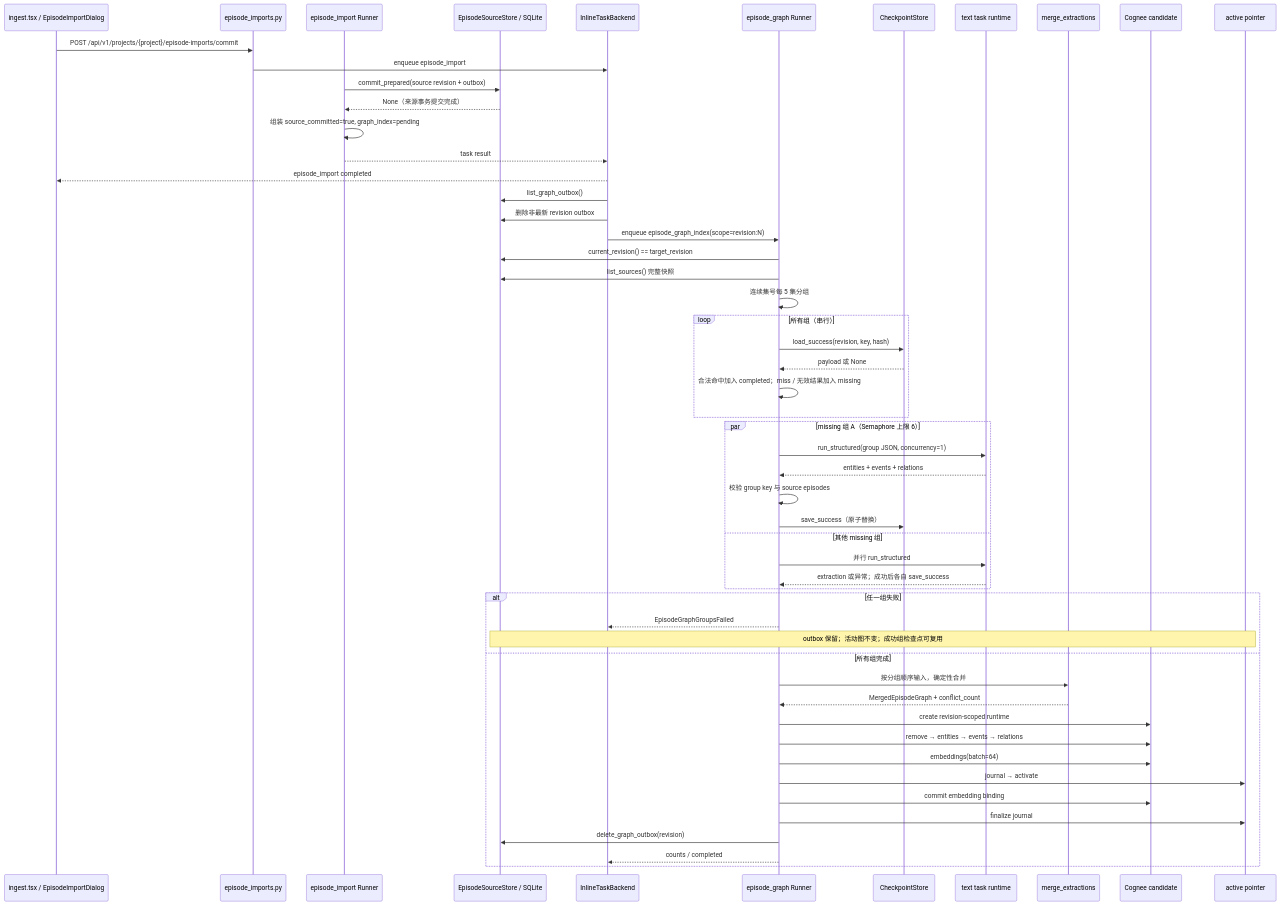
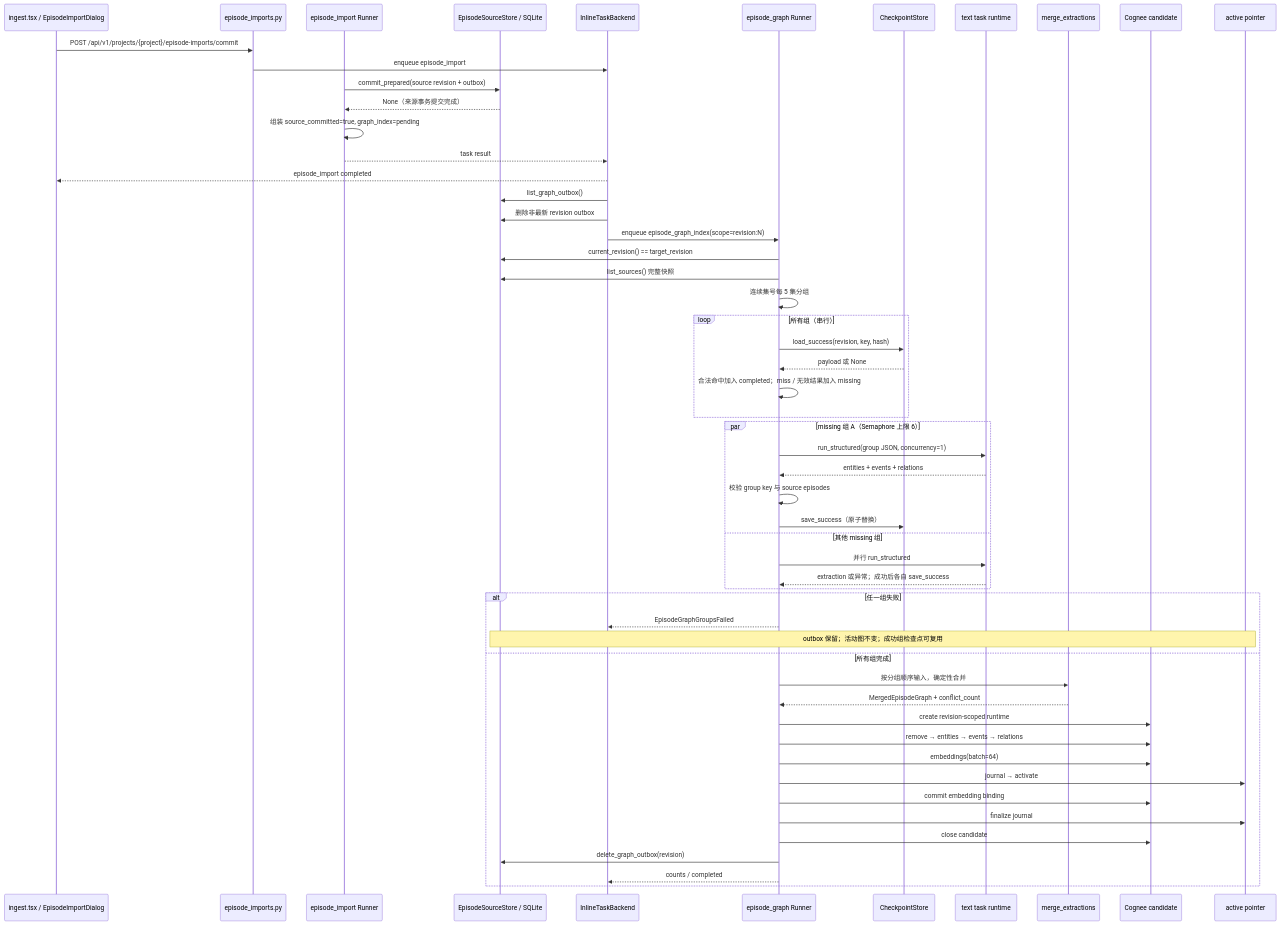
The diagram in docs/cookbook/pipelines/02-episode-graph.md (YuRui-Liu/Nuomi-drama-factory), drawn with Mermaid before and after one commit.

Commit message:
docs(cookbook): complete graph activation diagram

````diff
--- a/docs/cookbook/pipelines/02-episode-graph.md
+++ b/docs/cookbook/pipelines/02-episode-graph.md
@@ -79,60 +79,61 @@
 ```mermaid
 sequenceDiagram
     participant Page as ingest.tsx / EpisodeImportDialog
     participant API as episode_imports.py
     participant Import as episode_import Runner
     participant Source as EpisodeSourceStore / SQLite
     participant Queue as InlineTaskBackend
     participant Graph as episode_graph Runner
     participant Checkpoint as CheckpointStore
     participant Extract as text task runtime
     participant Merge as merge_extractions
     participant Candidate as Cognee candidate
     participant Pointer as active pointer
 
     Page->>API: POST /api/v1/projects/{project}/episode-imports/commit
     API->>Queue: enqueue episode_import
     Import->>Source: commit_prepared(source revision + outbox)
     Source-->>Import: None（来源事务提交完成）
     Import->>Import: 组装 source_committed=true, graph_index=pending
     Import-->>Queue: task result
     Queue-->>Page: episode_import completed
     Queue->>Source: list_graph_outbox()
     Queue->>Source: 删除非最新 revision outbox
     Queue->>Graph: enqueue episode_graph_index(scope=revision:N)
     Graph->>Source: current_revision() == target_revision
     Graph->>Source: list_sources() 完整快照
     Graph->>Graph: 连续集号每 5 集分组
 
     loop 所有组（串行）
         Graph->>Checkpoint: load_success(revision, key, hash)
         Checkpoint-->>Graph: payload 或 None
         Graph->>Graph: 合法命中加入 completed；miss / 无效结果加入 missing
     end
 
     par missing 组 A（Semaphore 上限 6）
         Graph->>Extract: run_structured(group JSON, concurrency=1)
         Extract-->>Graph: entities + events + relations
         Graph->>Graph: 校验 group key 与 source episodes
         Graph->>Checkpoint: save_success（原子替换）
     and 其他 missing 组
         Graph->>Extract: 并行 run_structured
         Extract-->>Graph: extraction 或异常；成功后各自 save_success
     end
 
     alt 任一组失败
         Graph-->>Queue: EpisodeGraphGroupsFailed
         Note over Source,Pointer: outbox 保留；活动图不变；成功组检查点可复用
     else 所有组完成
         Graph->>Merge: 按分组顺序输入，确定性合并
         Merge-->>Graph: MergedEpisodeGraph + conflict_count
         Graph->>Candidate: create revision-scoped runtime
         Graph->>Candidate: remove → entities → events → relations
         Graph->>Candidate: embeddings(batch=64)
         Graph->>Pointer: journal → activate
         Graph->>Candidate: commit embedding binding
         Graph->>Pointer: finalize journal
+        Graph->>Candidate: close candidate
         Graph->>Source: delete_graph_outbox(revision)
         Graph-->>Queue: counts / completed
     end
 ```
````
